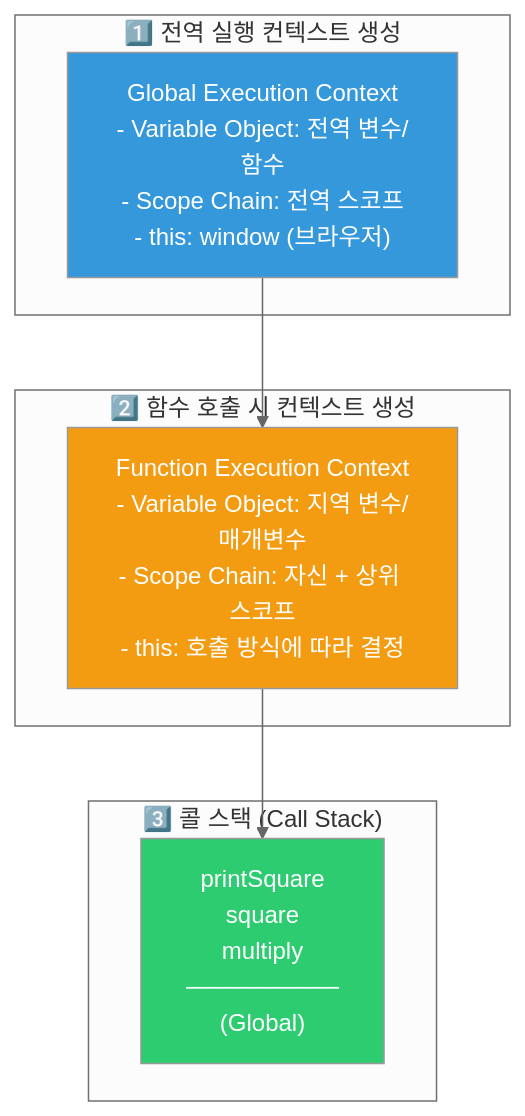
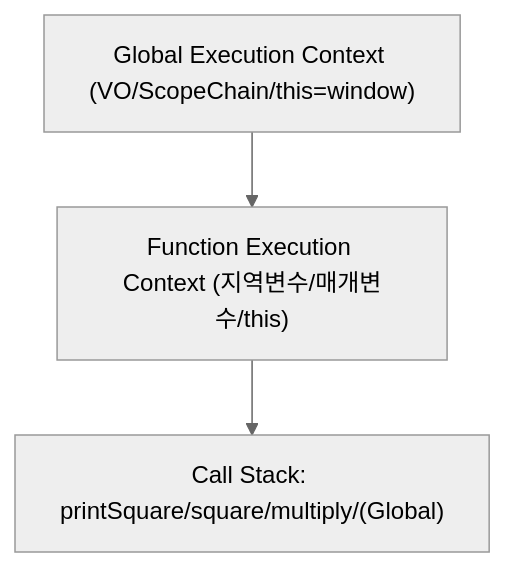
One commit to yjkim2015/yjkim2015.github.io changed the first of 6 diagrams in _posts/frontend/2026-05-01-javascript-core.md. Above: the diagram before and after it, drawn with Mermaid (neutral theme). The commit also changed other lines of this file and 215 other files, not shown here.

First line of the commit message:
신규 포스트 10개 추가 + Mermaid 전면 축소 + SystemDesign 시리즈 보강

````diff
--- a/_posts/frontend/2026-05-01-javascript-core.md
+++ b/_posts/frontend/2026-05-01-javascript-core.md
@@ -28,21 +28,7 @@
 ```mermaid
 flowchart TD
-    subgraph "1️⃣ 전역 실행 컨텍스트 생성"
-        GEC["Global Execution Context\n- Variable Object: 전역 변수/함수\n- Scope Chain: 전역 스코프\n- this: window (브라우저)"]
-    end
-
-    subgraph "2️⃣ 함수 호출 시 컨텍스트 생성"
-        FEC["Function Execution Context\n- Variable Object: 지역 변수/매개변수\n- Scope Chain: 자신 + 상위 스코프\n- this: 호출 방식에 따라 결정"]
-    end
-
-    subgraph "3️⃣ 콜 스택 (Call Stack)"
-        CS["printSquare\nsquare\nmultiply\n─────────\n(Global)"]
-    end
-
-    GEC --> FEC
-    FEC --> CS
-
-    style GEC fill:#3498db,color:#fff
-    style FEC fill:#f39c12,color:#fff
-    style CS fill:#2ecc71,color:#fff
+    GEC["Global Execution Context (VO/ScopeChain/this=window)"]
+    FEC["Function Execution Context (지역변수/매개변수/this)"]
+    CS["Call Stack: printSquare/square/multiply/(Global)"]
+    GEC --> FEC --> CS
 ```
````
